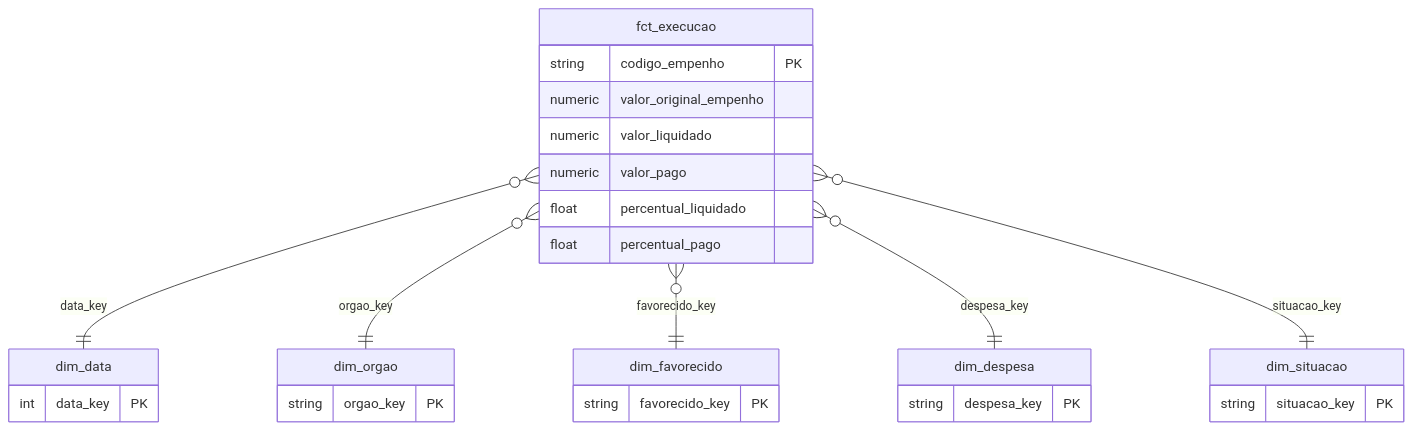
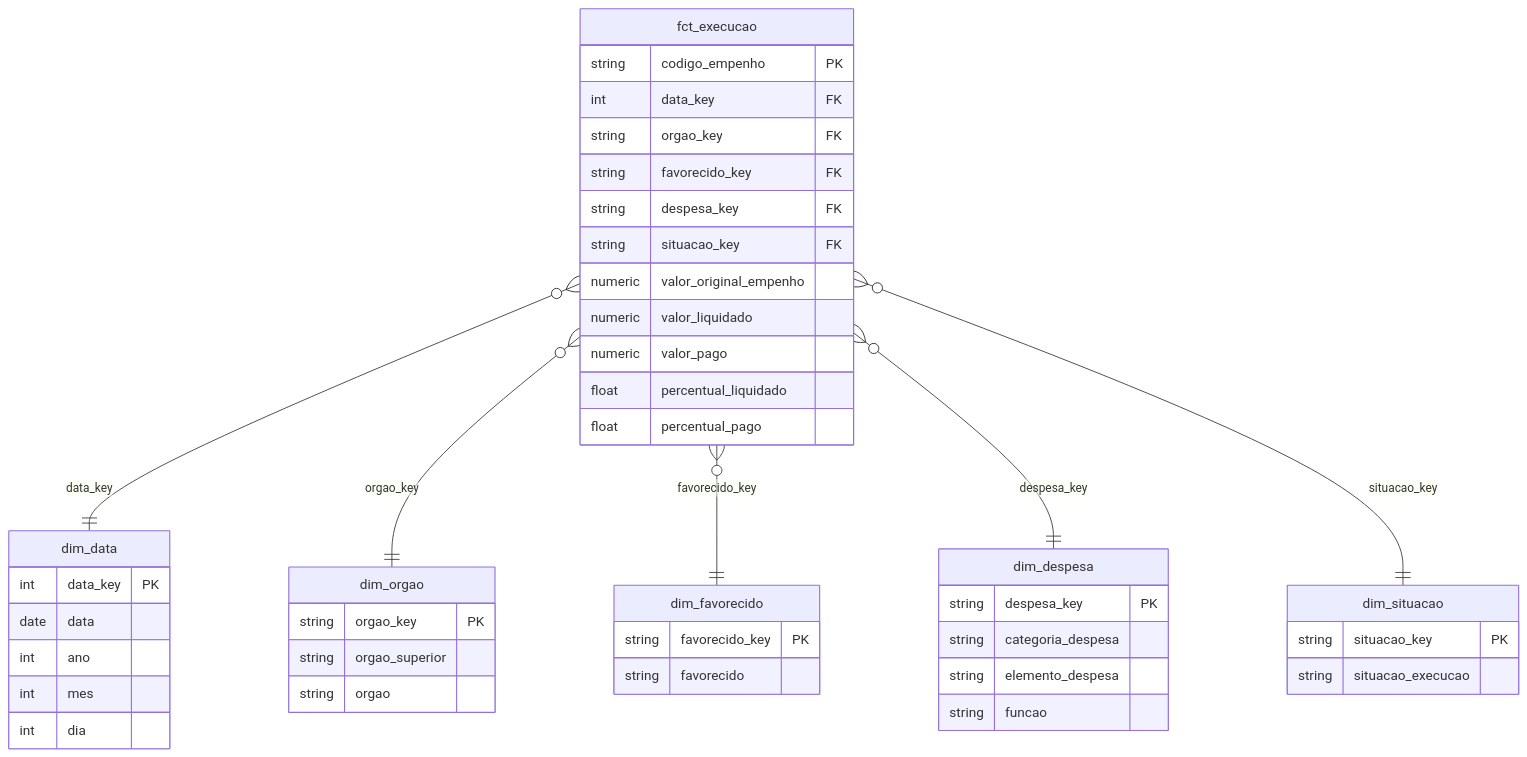
Before and after one commit to Ochion/dbt-execucao-orcamentaria: the diagram in README.md, drawn with Mermaid. The commit also changed other lines of this file, not shown here.

Commit message:
Revise README with updated data model and execution details
Updated the README to reflect changes in the data model and execution results, including new dimensions and improved execution instructions.

````diff
--- a/README.md
+++ b/README.md
@@ -16,21 +16,47 @@
 ```mermaid
 erDiagram
     fct_execucao }o--|| dim_data : data_key
     fct_execucao }o--|| dim_orgao : orgao_key
     fct_execucao }o--|| dim_favorecido : favorecido_key
     fct_execucao }o--|| dim_despesa : despesa_key
     fct_execucao }o--|| dim_situacao : situacao_key
     fct_execucao {
         string codigo_empenho PK
+        int data_key FK
+        string orgao_key FK
+        string favorecido_key FK
+        string despesa_key FK
+        string situacao_key FK
         numeric valor_original_empenho
         numeric valor_liquidado
         numeric valor_pago
         float percentual_liquidado
         float percentual_pago
     }
-    dim_orgao { string orgao_key PK }
-    dim_favorecido { string favorecido_key PK }
-    dim_despesa { string despesa_key PK }
-    dim_situacao { string situacao_key PK }
-    dim_data { int data_key PK }
+    dim_orgao {
+        string orgao_key PK
+        string orgao_superior
+        string orgao
+    }
+    dim_favorecido {
+        string favorecido_key PK
+        string favorecido
+    }
+    dim_despesa {
+        string despesa_key PK
+        string categoria_despesa
+        string elemento_despesa
+        string funcao
+    }
+    dim_situacao {
+        string situacao_key PK
+        string situacao_execucao
+    }
+    dim_data {
+        int data_key PK
+        date data
+        int ano
+        int mes
+        int dia
+    }
 ```
````
